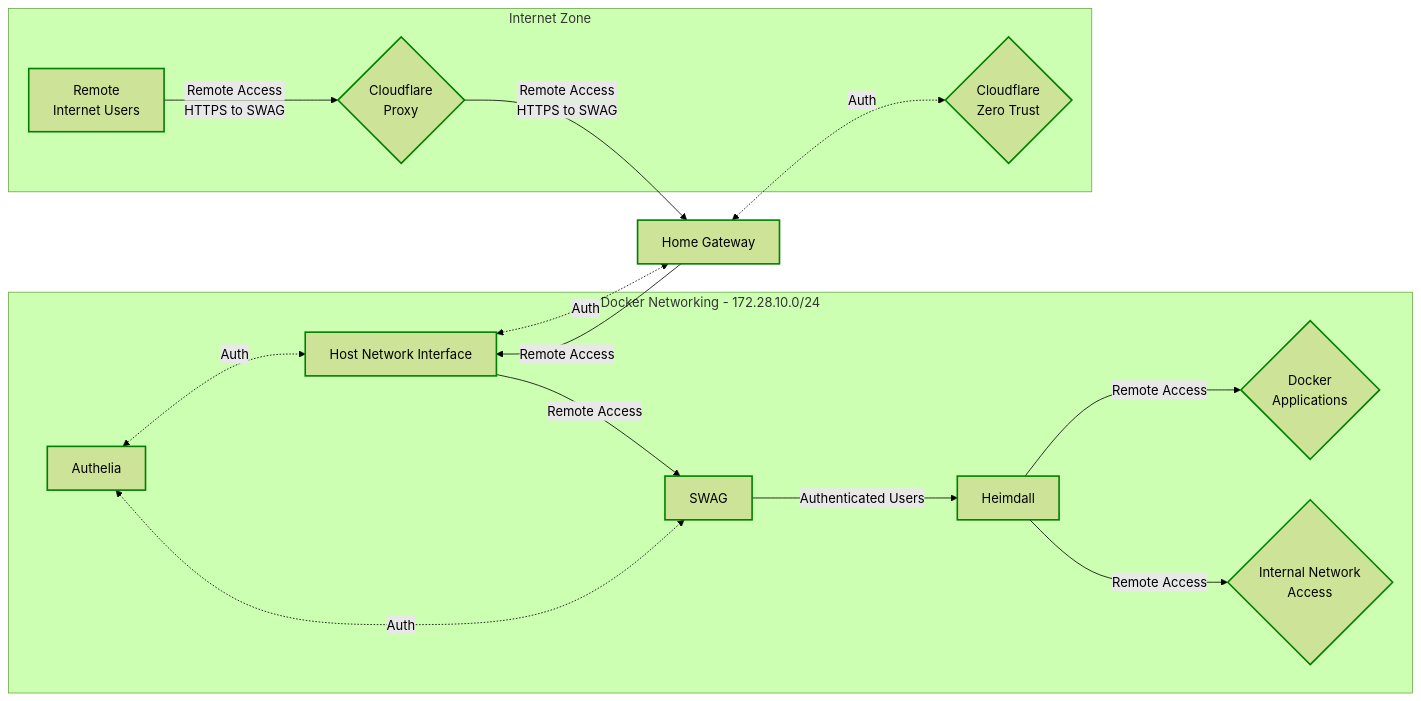
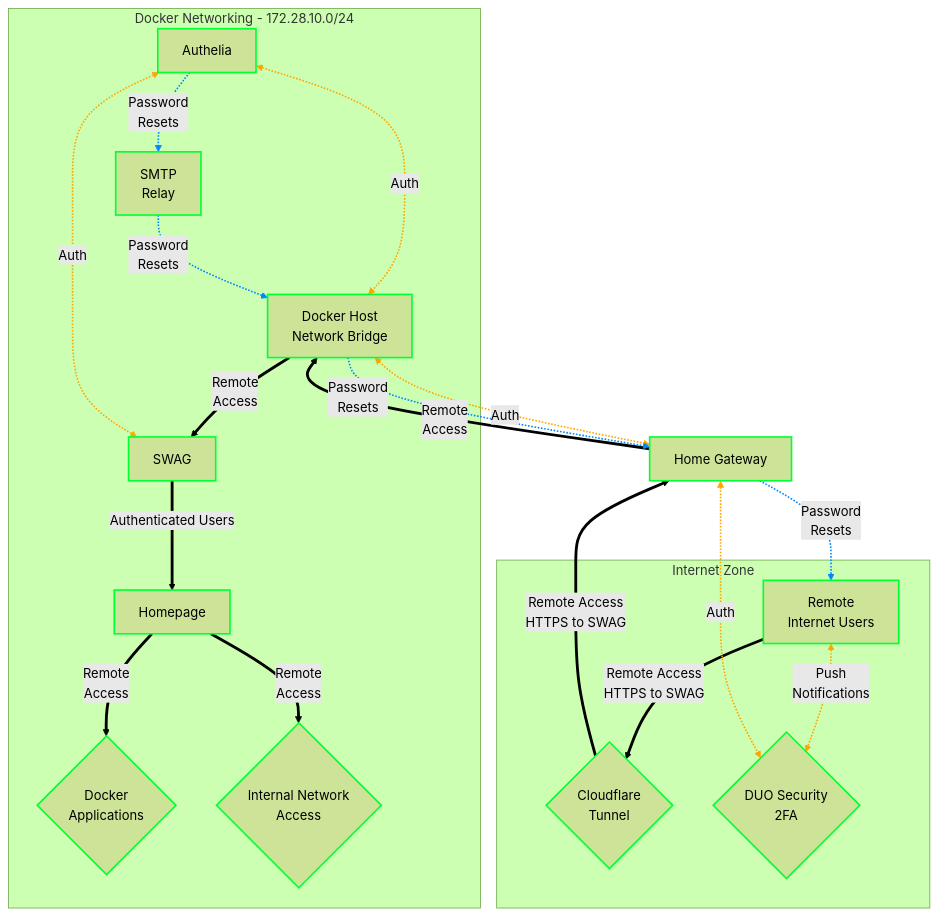
The third of 4 diagrams in README.md (geekau/mediastack), drawn with Mermaid (forest theme) before and after one commit. The commit also changed other lines of this file and 7 other files, not shown here.

Commit message:
updated bookmark files, and added smtp docker image

````diff
--- a/README.md
+++ b/README.md
@@ -218,33 +224,58 @@
 ``` mermaid  
-graph LR
+graph
     subgraph DockerNet[<center>Docker Networking - 172.28.10.0/24</center>]
         Authelia
+        SMTP[SMTP</br>Relay]
         SWAG
-        Heimdall -->| Remote Access | Docker{Docker</p>Applications}
-        Heimdall -->| Remote Access | Apps{Internal Network</p>Access}
-        NIC[Host Network Interface]
+        NIC[Docker Host</br>Network Bridge]
+        Homepage
+        Docker{Docker</br>Applications}
+        Apps{Internal Network</br>Access}
     end
     subgraph Internet[<center>Internet Zone</center>]
-        Remote[ Remote</p>Internet Users ] -->| Remote Access</p>HTTPS to SWAG | Proxy{<center>Cloudflare</p>Proxy</center>}
-        Cloudflare{<center>Cloudflare</p>Zero Trust</center>}
+        Remote[ Remote</br>Internet Users ]
+        Tunnel{<center>Cloudflare</br>Tunnel</center>}
+        DUO{<center>DUO Security</br>2FA</center>}
     end
-    Proxy -->   | Remote Access</p>HTTPS to SWAG | Gateway[Home Gateway]
-    Gateway --> | Remote Access | NIC
-    NIC -->     | Remote Access | SWAG
-    Authelia <-.-> | Auth | NIC
-    Authelia <-.-> | Auth | SWAG
-    NIC <-.-> | Auth | Gateway
-    Gateway <-.-> | Auth | Cloudflare
-    SWAG -->| Authenticated Users | Heimdall
+    Gateway[Home Gateway]
+    Remote <-.->   | Push</br>Notifications             | DUO
+    Authelia -.->  | Password</br>Resets                | SMTP
+    Homepage ==>   | Remote</br>Access                  | Docker
+    Homepage ==>   | Remote</br>Access                  | Apps
+    Gateway -.->   | Password</br>Resets                | Remote
+    Tunnel ==>     | Remote Access</br>HTTPS to SWAG    | Gateway
+    Remote ==>     | Remote Access</br>HTTPS to SWAG    | Tunnel
+    Gateway ==>    | Remote</br>Access                  | NIC
+    NIC ==>        | Remote</br>Access                  | SWAG
+    Authelia <-.-> | Auth                               | NIC
+    Authelia <-.-> | Auth                               | SWAG
+    NIC <-.->      | Auth                               | Gateway
+    Gateway <-.->  | Auth                               | DUO
+    SWAG ==>       | Authenticated Users                | Homepage
+    SMTP -.->      | Password</br>Resets                | NIC
+    NIC -.->       | Password</br>Resets                | Gateway
 
-    style Authelia stroke:green,stroke-width:2px
-    style SWAG stroke:green,stroke-width:2px
-    style Heimdall stroke:green,stroke-width:2px
-    style Remote stroke:green,stroke-width:2px
-    style Gateway stroke:green,stroke-width:2px
-    style Cloudflare stroke:green,stroke-width:2px
-    style Proxy stroke:green,stroke-width:2px
-    style Apps stroke:green,stroke-width:2px
-    style Docker stroke:green,stroke-width:2px
-    style NIC stroke:green,stroke-width:2px
+    style Authelia stroke:#00FF33,stroke-width:2px
+    style SWAG stroke:#00FF33,stroke-width:2px
+    style SMTP stroke:#00FF33,stroke-width:2px
+    style Homepage stroke:#00FF33,stroke-width:2px
+    style Remote stroke:#00FF33,stroke-width:2px
+    style Gateway stroke:#00FF33,stroke-width:2px
+    style DUO stroke:#00FF33,stroke-width:2px
+    style Tunnel stroke:#00FF33,stroke-width:2px
+    style Apps stroke:#00FF33,stroke-width:2px
+    style Docker stroke:#00FF33,stroke-width:2px
+    style NIC stroke:#00FF33,stroke-width:2px
+
+    linkStyle 0 stroke:#FFA500,stroke-width:2px
+    linkStyle 1 stroke:#0088FF,stroke-width:2px
+    linkStyle 4 stroke:#0088FF,stroke-width:2px
+    linkStyle 9 stroke:#FFA500,stroke-width:2px
+    linkStyle 10 stroke:#FFA500,stroke-width:2px
+    linkStyle 11 stroke:#FFA500,stroke-width:2px
+    linkStyle 12 stroke:#FFA500,stroke-width:2px
+    linkStyle 14 stroke:#0088FF,stroke-width:2px
+    linkStyle 15 stroke:#0088FF,stroke-width:2px
+
+
 ```  
````
